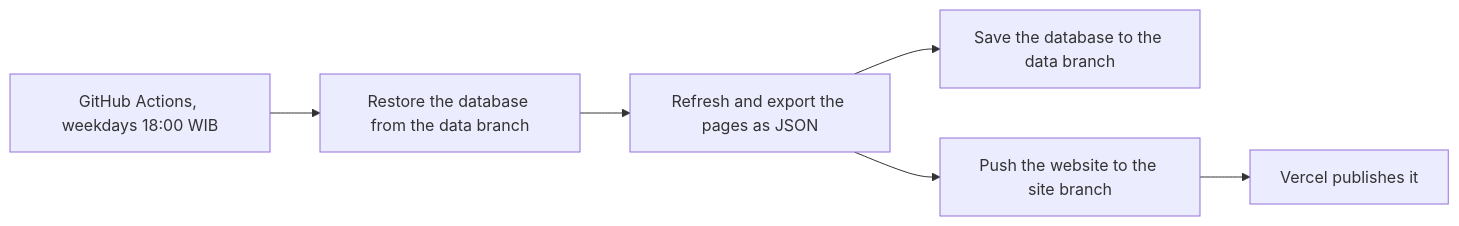
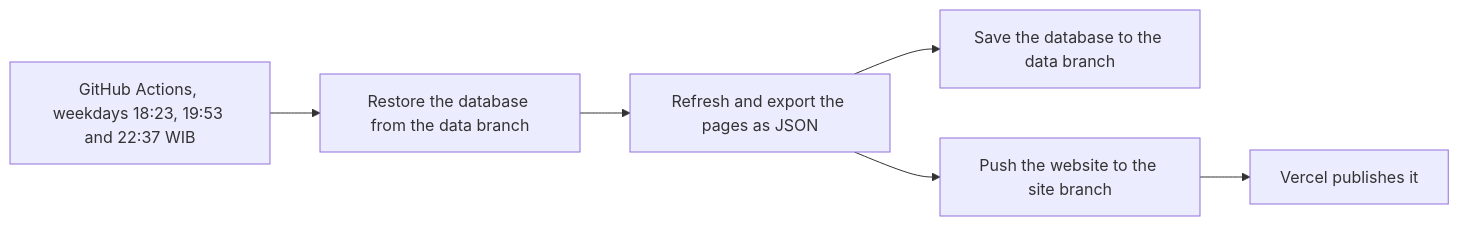
Before and after one commit to 642ways/IDX-Quantitative: the tenth of 10 diagrams in README.md, drawn with Mermaid. The commit also changed other lines of this file and 3 other files, not shown here.

````diff
--- a/README.md
+++ b/README.md
@@ -339,8 +339,8 @@
 ```mermaid
 flowchart LR
-    A["GitHub Actions, weekdays 18:00 WIB"] --> B["Restore the database from the data branch"]
+    A["GitHub Actions, weekdays 18:23, 19:53 and 22:37 WIB"] --> B["Restore the database from the data branch"]
     B --> C["Refresh and export the pages as JSON"]
     C --> D["Save the database to the data branch"]
     C --> E["Push the website to the site branch"]
     E --> F["Vercel publishes it"]
 ```
````
